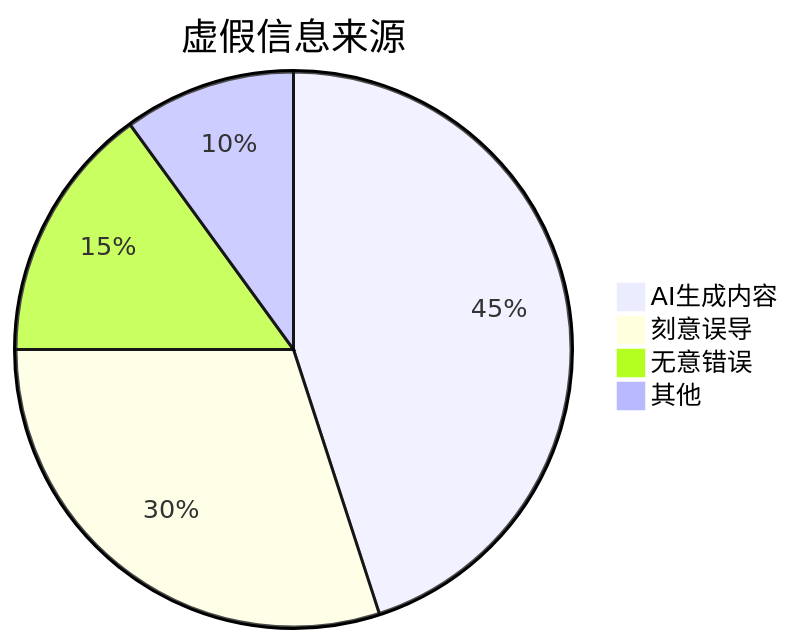
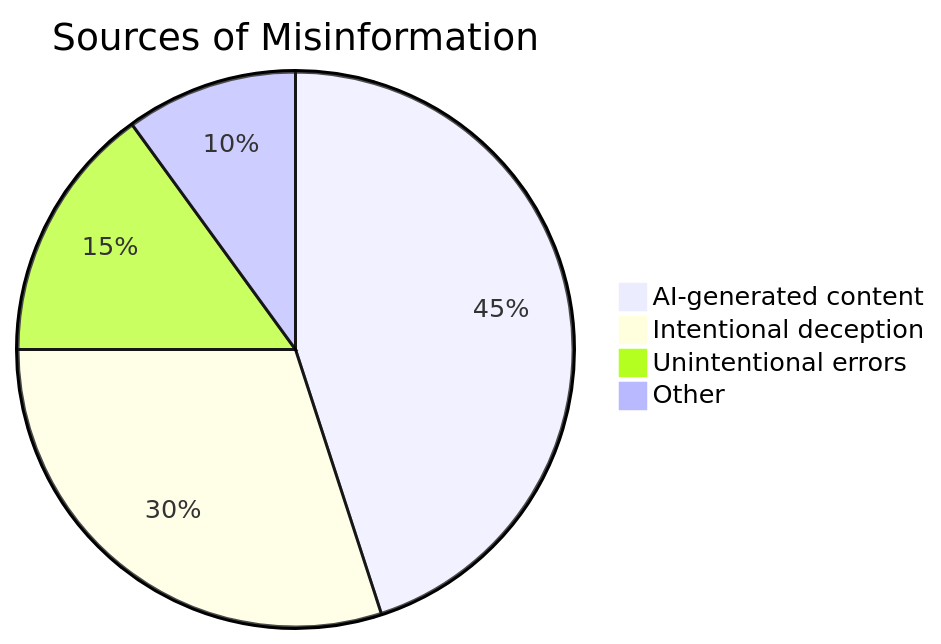
Before and after one commit to truthvalidator/TruthValidatorAgent: the second of 11 diagrams in docs/lightpaper.md, drawn with Mermaid. The commit also changed other lines of this file and 1 other file, not shown here.

````diff
--- a/docs/lightpaper.md
+++ b/docs/lightpaper.md
@@ -25,8 +25,8 @@
 ```mermaid
 pie
-    title 虚假信息来源
-    "AI生成内容" : 45
-    "刻意误导" : 30
-    "无意错误" : 15
-    "其他" : 10
+    title Sources of Misinformation
+    "AI-generated content" : 45
+    "Intentional deception" : 30
+    "Unintentional errors" : 15
+    "Other" : 10
 ```
````
